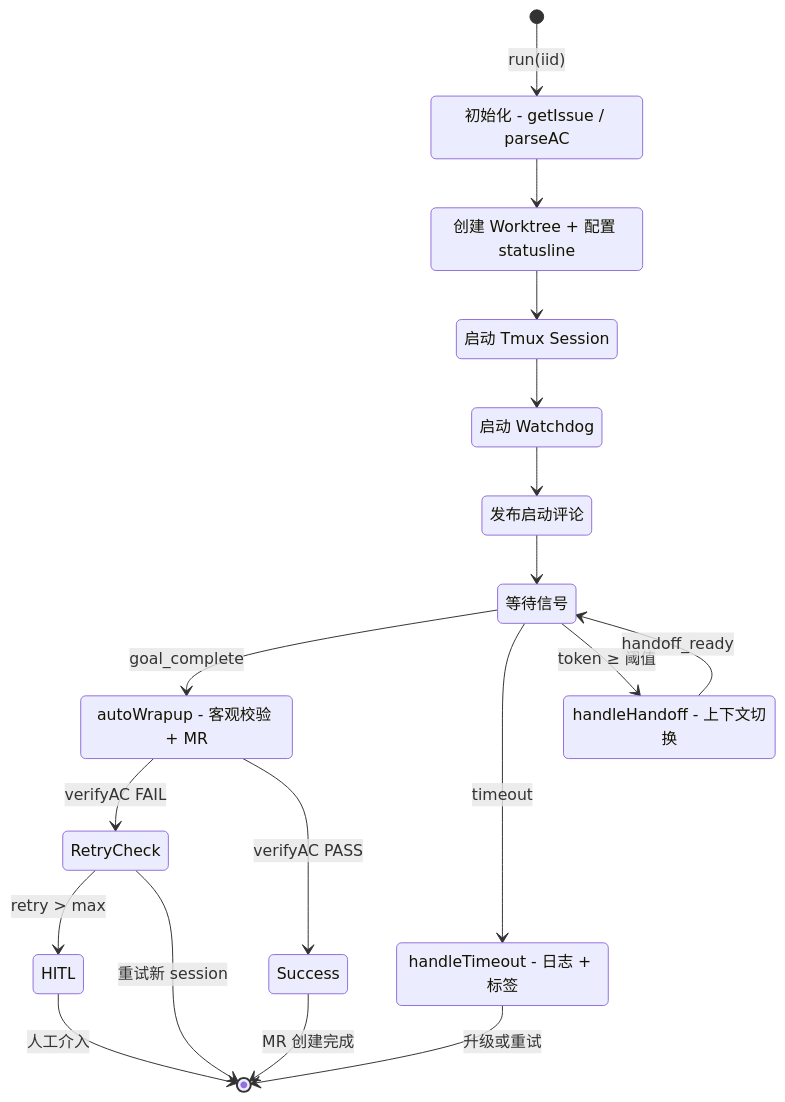
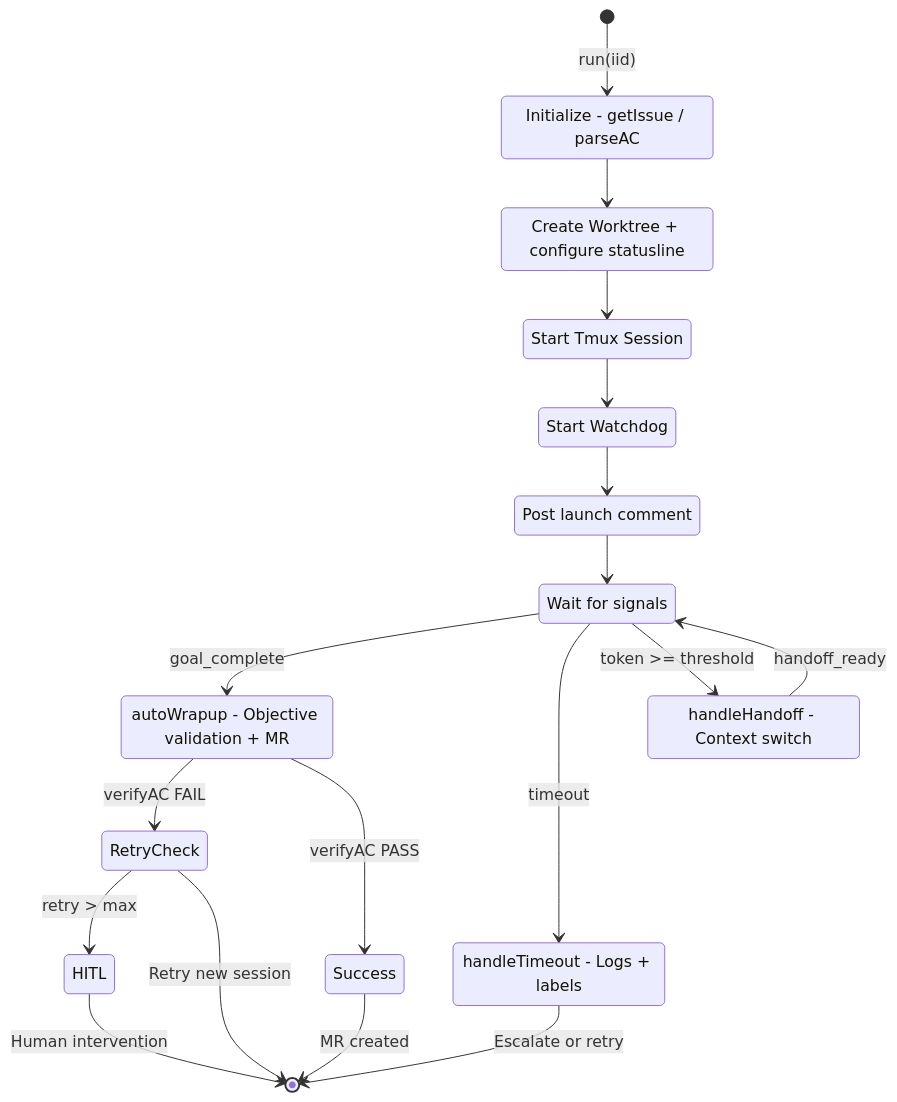
One commit to easyhaloo/afk changed the sixth of 11 diagrams in docs/ARCHITECTURE.md. Above: the diagram before and after it, drawn with Mermaid. The commit also changed other lines of this file, not shown here.

Commit message:
docs: add English ARCHITECTURE.md

````diff
--- a/docs/ARCHITECTURE.md
+++ b/docs/ARCHITECTURE.md
@@ -347,35 +347,35 @@
 ```mermaid
 stateDiagram-v2
     [*] --> Init: run(iid)
 
-    Init: 初始化 - getIssue / parseAC
-    Worktree: 创建 Worktree + 配置 statusline
-    TmuxLaunch: 启动 Tmux Session
-    Watchdog: 启动 Watchdog
-    Comment: 发布启动评论
-    Polling: 等待信号
+    Init: Initialize - getIssue / parseAC
+    Worktree: Create Worktree + configure statusline
+    TmuxLaunch: Start Tmux Session
+    Watchdog: Start Watchdog
+    Comment: Post launch comment
+    Polling: Wait for signals
 
     Init --> Worktree
     Worktree --> TmuxLaunch
     TmuxLaunch --> Watchdog
     Watchdog --> Comment
     Comment --> Polling
 
     Polling --> AutoWrapup: goal_complete
     Polling --> Timeout: timeout
-    Polling --> Handoff: token ≥ 阈值
+    Polling --> Handoff: token >= threshold
 
-    AutoWrapup: autoWrapup - 客观校验 + MR
-    Timeout: handleTimeout - 日志 + 标签
-    Handoff: handleHandoff - 上下文切换
+    AutoWrapup: autoWrapup - Objective validation + MR
+    Timeout: handleTimeout - Logs + labels
+    Handoff: handleHandoff - Context switch
 
     AutoWrapup --> RetryCheck: verifyAC FAIL
     AutoWrapup --> Success: verifyAC PASS
     RetryCheck --> HITL: retry > max
-    RetryCheck --> [*]: 重试新 session
+    RetryCheck --> [*]: Retry new session
 
-    Success --> [*]: MR 创建完成
-    Timeout --> [*]: 升级或重试
+    Success --> [*]: MR created
+    Timeout --> [*]: Escalate or retry
     Handoff --> Polling: handoff_ready
-    HITL --> [*]: 人工介入
+    HITL --> [*]: Human intervention
 ```
````
